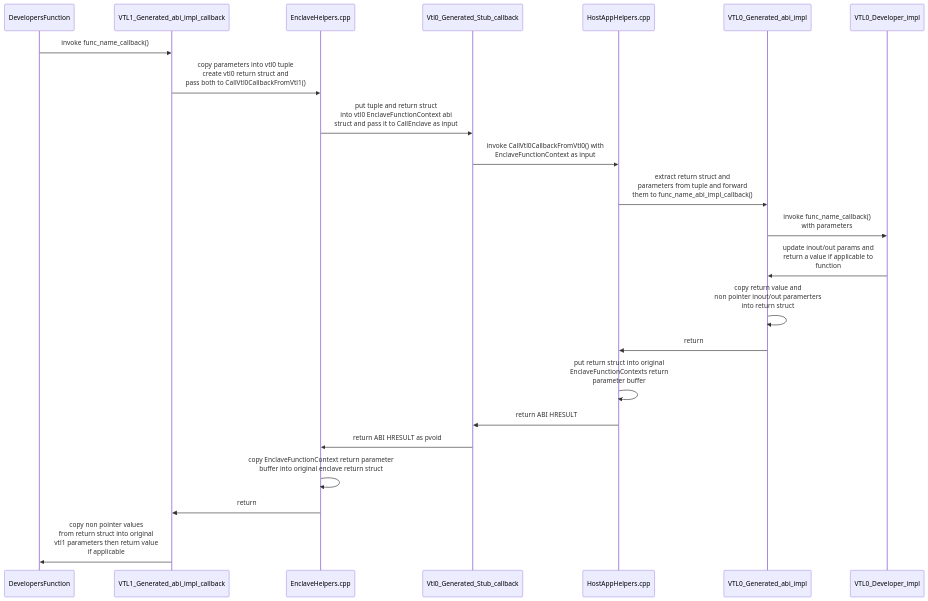
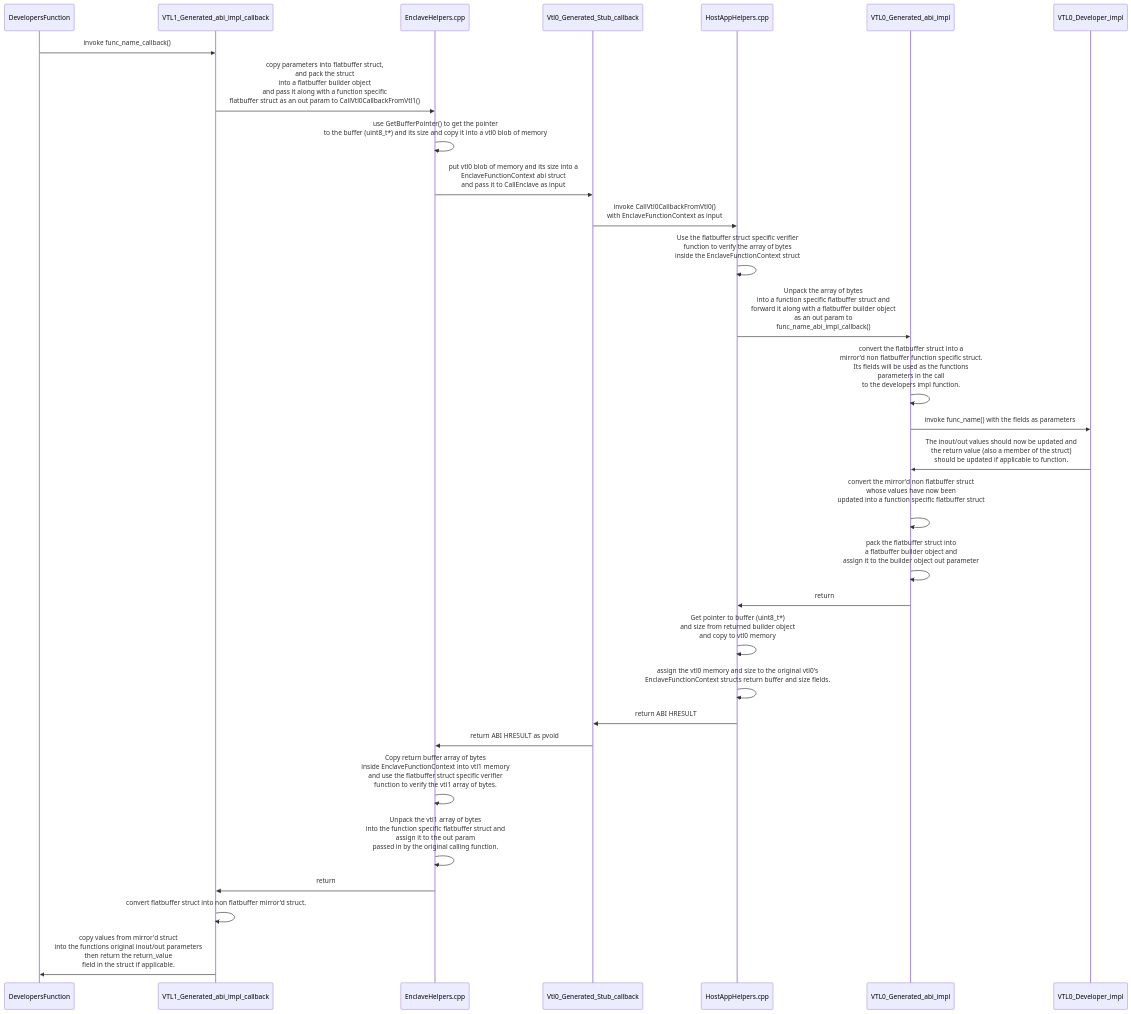
The second of 2 diagrams in docs/CodeGeneration.md (microsoft/VbsEnclaveTooling), drawn with Mermaid before and after one commit. The commit also changed other lines of this file and 3 other files, not shown here.

````diff
--- a/docs/CodeGeneration.md
+++ b/docs/CodeGeneration.md
@@ -393,26 +395,33 @@
 ```mermaid
 sequenceDiagram
     participant DevelopersFunction
     participant VTL1_Generated_abi_impl_callback
     participant EnclaveHelpers.cpp
     participant Vtl0_Generated_Stub_callback
     participant HostAppHelpers.cpp
     participant VTL0_Generated_abi_impl
     participant VTL0_Developer_impl
 
     DevelopersFunction->>VTL1_Generated_abi_impl_callback: invoke func_name_callback()
-    VTL1_Generated_abi_impl_callback->>EnclaveHelpers.cpp: copy parameters into vtl0 tuple <br> create vtl0 return struct and <br> pass both to CallVtl0CallbackFromVtl1()
-    EnclaveHelpers.cpp->>Vtl0_Generated_Stub_callback: put tuple and return struct <br> into vtl0 EnclaveFunctionContext abi <br> struct and pass it to CallEnclave as input
-    Vtl0_Generated_Stub_callback->>HostAppHelpers.cpp: invoke CallVtl0CallbackFromVtl0() with <br> EnclaveFunctionContext as input
-    HostAppHelpers.cpp->>VTL0_Generated_abi_impl: extract return struct and <br> parameters from tuple and forward <br> them to func_name_abi_impl_callback()
-    VTL0_Generated_abi_impl->>VTL0_Developer_impl: invoke func_name_callback() <br> with parameters
-    VTL0_Developer_impl->>VTL0_Generated_abi_impl: update inout/out params and <br> return a value if applicable to <br> function
-    VTL0_Generated_abi_impl->>VTL0_Generated_abi_impl: copy return value and <br> non pointer inout/out paramerters <br> into return struct
+    VTL1_Generated_abi_impl_callback->>EnclaveHelpers.cpp: copy parameters into flatbuffer struct, <br> and pack the struct <br> into a flatbuffer builder object<br> and pass it along with a function specific <br> flatbuffer struct as an out param to CallVtl0CallbackFromVtl1()
+    EnclaveHelpers.cpp->>EnclaveHelpers.cpp: use GetBufferPointer() to get the pointer <br> to the buffer (uint8_t*) and its size and copy it into a vtl0 blob of memory
+    EnclaveHelpers.cpp->>Vtl0_Generated_Stub_callback: put vtl0 blob of memory and its size into a <br> EnclaveFunctionContext abi struct <br> and pass it to CallEnclave as input
+    Vtl0_Generated_Stub_callback->>HostAppHelpers.cpp: invoke CallVtl0CallbackFromVtl0() <br> with EnclaveFunctionContext as input
+    HostAppHelpers.cpp->>HostAppHelpers.cpp: Use the flatbuffer struct specific verifier <br> function to verify the array of bytes <br> inside the EnclaveFunctionContext struct
+    HostAppHelpers.cpp->>VTL0_Generated_abi_impl: Unpack the array of bytes <br> into a function specific flatbuffer struct and <br> forward it along with a flatbuffer builder object <br> as an out param to <br> func_name_abi_impl_callback() 
+    VTL0_Generated_abi_impl->>VTL0_Generated_abi_impl:convert the flatbuffer struct into a <br> mirror'd non flatbuffer function specific struct. <br> Its fields will be used as the functions <br> parameters in the call <br> to the developers impl function.
+    VTL0_Generated_abi_impl->>VTL0_Developer_impl:invoke func_name() with the fields as parameters
+    VTL0_Developer_impl->>VTL0_Generated_abi_impl: The inout/out values should now be updated and <br> the return value (also a member of the struct) <br> should be updated if applicable to function.
+    VTL0_Generated_abi_impl->>VTL0_Generated_abi_impl: convert the mirror'd non flatbuffer struct <br> whose values have now been <br> updated into a function specific flatbuffer struct <br>
+    VTL0_Generated_abi_impl->>VTL0_Generated_abi_impl: pack the flatbuffer struct into <br> a flatbuffer builder object and <br> assign it to the builder object out parameter
     VTL0_Generated_abi_impl->>HostAppHelpers.cpp: return 
-    HostAppHelpers.cpp->>HostAppHelpers.cpp: put return struct into original <br> EnclaveFunctionContexts return <br> parameter buffer
+    HostAppHelpers.cpp->>HostAppHelpers.cpp: Get pointer to buffer (uint8_t*) <br> and size from returned builder object <br> and copy to vtl0 memory
+    HostAppHelpers.cpp->>HostAppHelpers.cpp: assign the vtl0 memory and size to the original vtl0's <br> EnclaveFunctionContext structs return buffer and size fields.
     HostAppHelpers.cpp->>Vtl0_Generated_Stub_callback: return ABI HRESULT
     Vtl0_Generated_Stub_callback->>EnclaveHelpers.cpp: return ABI HRESULT as pvoid
-    EnclaveHelpers.cpp->>EnclaveHelpers.cpp: copy EnclaveFunctionContext return parameter <br> buffer into original enclave return struct
+    EnclaveHelpers.cpp->>EnclaveHelpers.cpp: Copy return buffer array of bytes <br> inside EnclaveFunctionContext into vtl1 memory <br> and use the flatbuffer struct specific verifier <br> function to verify the vtl1 array of bytes.
+    EnclaveHelpers.cpp->>EnclaveHelpers.cpp: Unpack the vtl1 array of bytes <br> into the function specific flatbuffer struct and <br> assign it to the out param <br> passed in by the original calling function.
     EnclaveHelpers.cpp->>VTL1_Generated_abi_impl_callback: return
-    VTL1_Generated_abi_impl_callback->>DevelopersFunction: copy non pointer values <br> from return struct into original <br> vtl1 parameters then return value  <br> if applicable
+    VTL1_Generated_abi_impl_callback->>VTL1_Generated_abi_impl_callback: convert flatbuffer struct into non flatbuffer mirror'd struct.
+    VTL1_Generated_abi_impl_callback->>DevelopersFunction: copy values from mirror'd struct <br> into the functions original inout/out parameters <br> then return the return_value <br> field in the struct if applicable.
 ```
````
